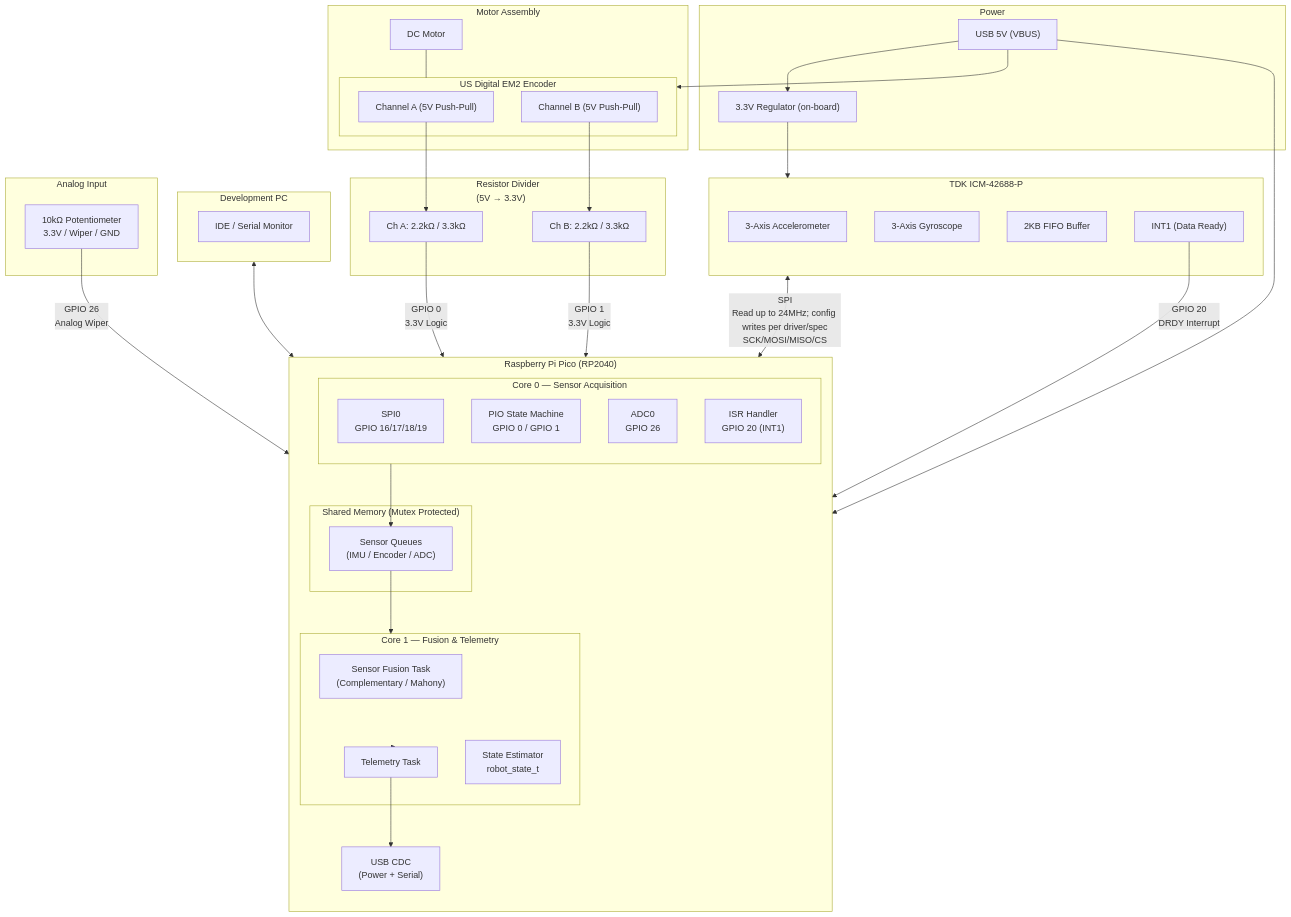
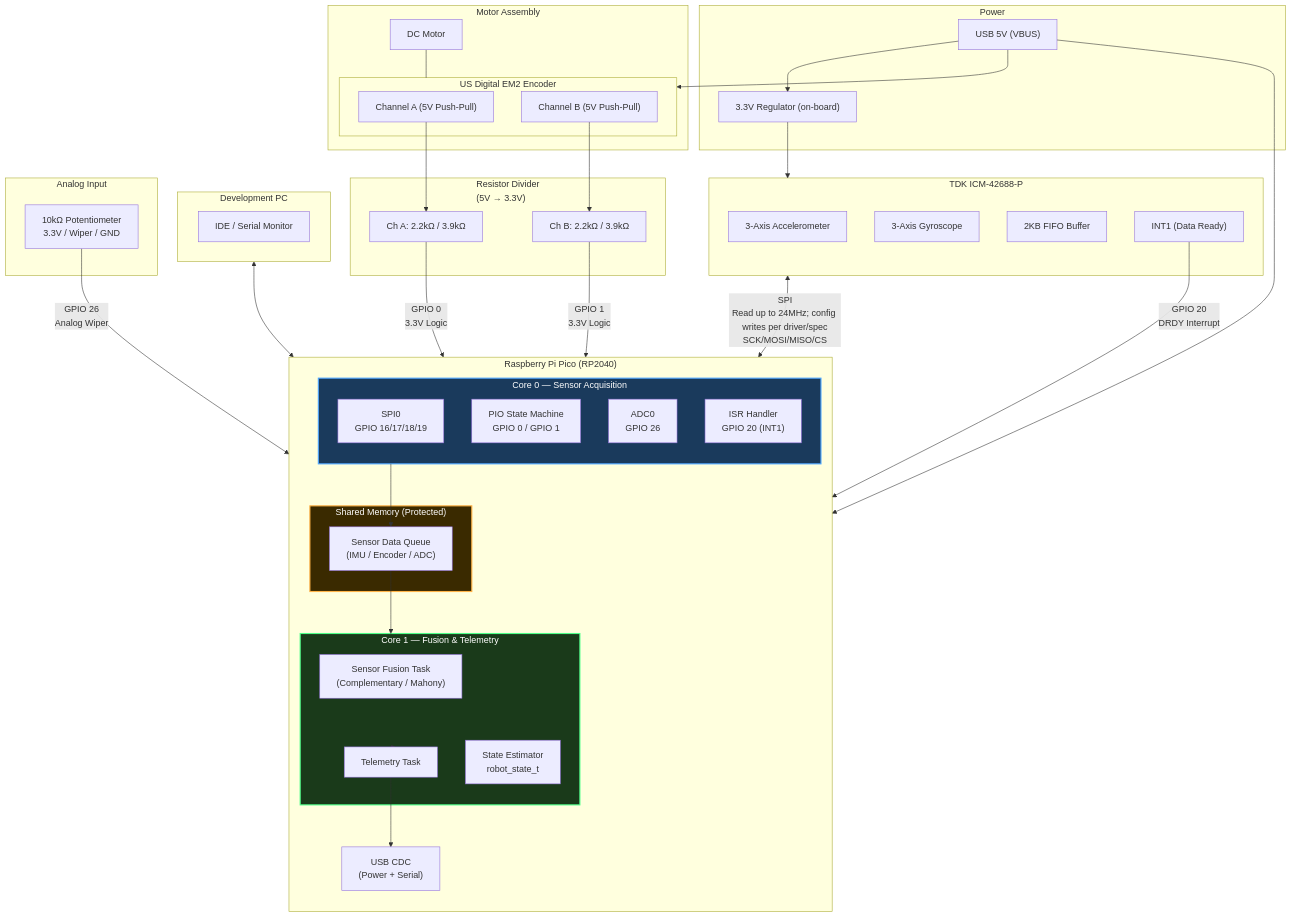
Before and after one commit to tslator/embedded-multi-demo: the diagram in projects/01_sensor_fusion/docs/HW-ARCHITECTURE.md, drawn with Mermaid. The commit also changed other lines of this file and 3 other files, not shown here.

````diff
--- a/projects/01_sensor_fusion/docs/HW-ARCHITECTURE.md
+++ b/projects/01_sensor_fusion/docs/HW-ARCHITECTURE.md
@@ -92,8 +99,8 @@
             STATE["State Estimator\nrobot_state_t"]
             TELEM["Telemetry Task"]
         end
-        subgraph SHARED["Shared Memory (Mutex Protected)"]
-            QUEUE["Sensor Queues\n(IMU / Encoder / ADC)"]
+        subgraph SHARED["Shared Memory (Protected)"]
+            QUEUE["Sensor Data Queue\n(IMU / Encoder / ADC)"]
         end
         USB_CDC["USB CDC\n(Power + Serial)"]
 
@@ -120,8 +127,8 @@
     end
 
     subgraph LEVEL["Resistor Divider\n(5V → 3.3V)"]
-        RDA["Ch A: 2.2kΩ / 3.3kΩ"]
-        RDB["Ch B: 2.2kΩ / 3.3kΩ"]
+        RDA["Ch A: 2.2kΩ / 3.9kΩ"]
+        RDB["Ch B: 2.2kΩ / 3.9kΩ"]
     end
 
     subgraph ANALOG["Analog Input"]
@@ -148,4 +155,9 @@
 
     %% Potentiometer to Pico
     POT -- "GPIO 26\nAnalog Wiper" --> ADC_CH
+
+    %% Styling
+    style CORE0 fill:#1a3a5c,stroke:#4da6ff,stroke-width:2px,color:#ffffff
+    style CORE1 fill:#1a3a1a,stroke:#4dff88,stroke-width:2px,color:#ffffff
+    style SHARED fill:#3a2a00,stroke:#ffb347,stroke-width:2px,color:#ffffff
 ```
````
